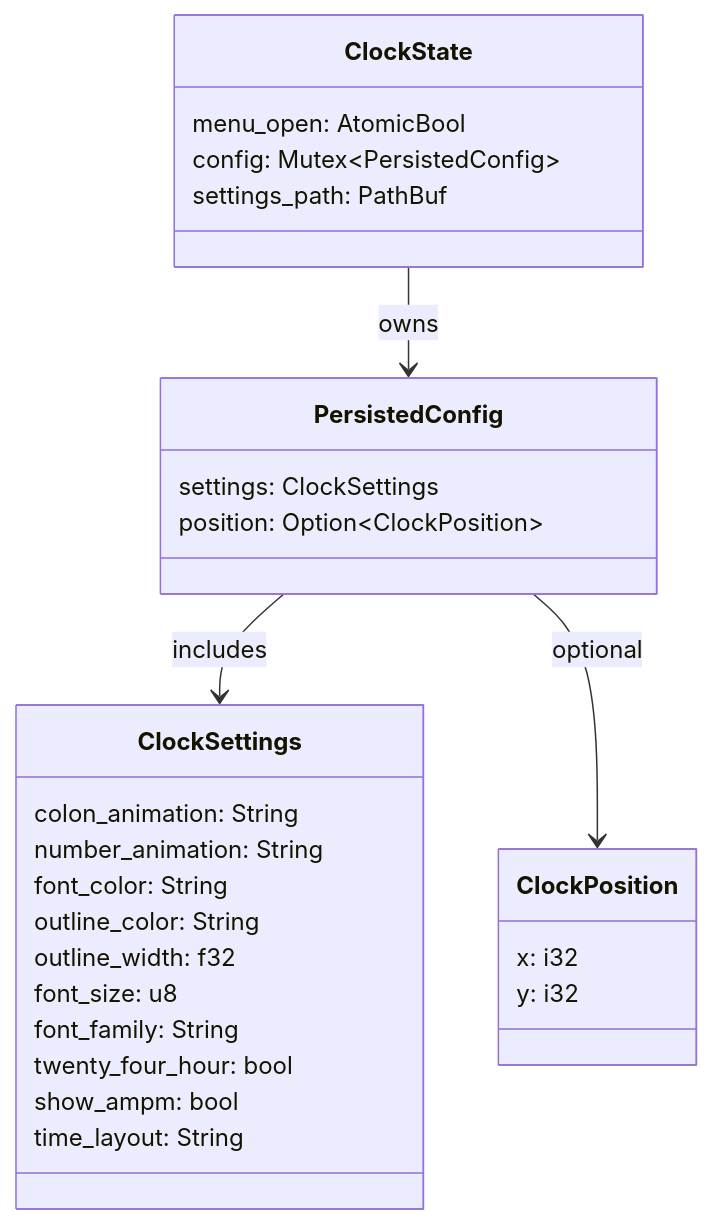
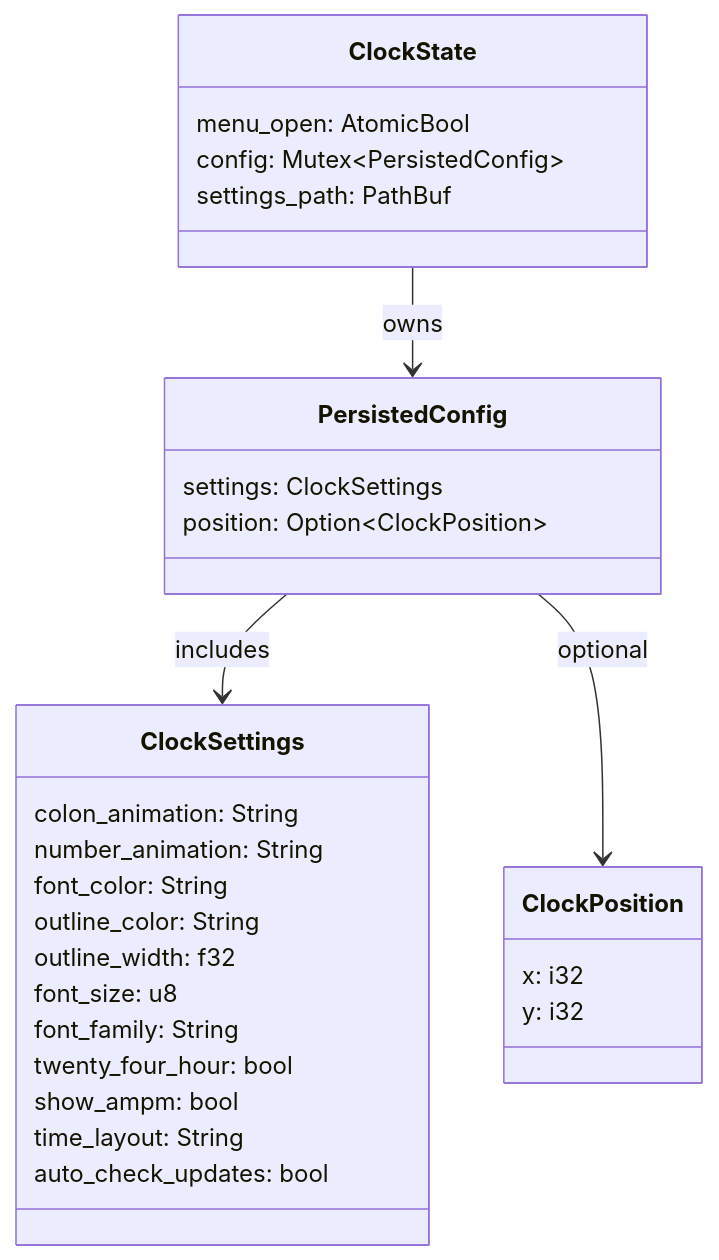
One commit to tbkmax/TopClock changed the first of 2 diagrams in src-tauri/src/doc/workflow_diagram.md. Above: the diagram before and after it, drawn with Mermaid. The commit also changed 25 other files, not shown here.

````diff
--- a/src-tauri/src/doc/workflow_diagram.md
+++ b/src-tauri/src/doc/workflow_diagram.md
@@ -5,31 +5,32 @@
 ```mermaid
 classDiagram
     class ClockState {
       menu_open: AtomicBool
       config: Mutex~PersistedConfig~
       settings_path: PathBuf
     }
     class PersistedConfig {
       settings: ClockSettings
       position: Option~ClockPosition~
     }
     class ClockSettings {
       colon_animation: String
       number_animation: String
       font_color: String
       outline_color: String
       outline_width: f32
       font_size: u8
       font_family: String
       twenty_four_hour: bool
       show_ampm: bool
       time_layout: String
+      auto_check_updates: bool
     }
     class ClockPosition {
       x: i32
       y: i32
     }
     ClockState --> PersistedConfig : owns
     PersistedConfig --> ClockSettings : includes
     PersistedConfig --> ClockPosition : optional
 ```
````
